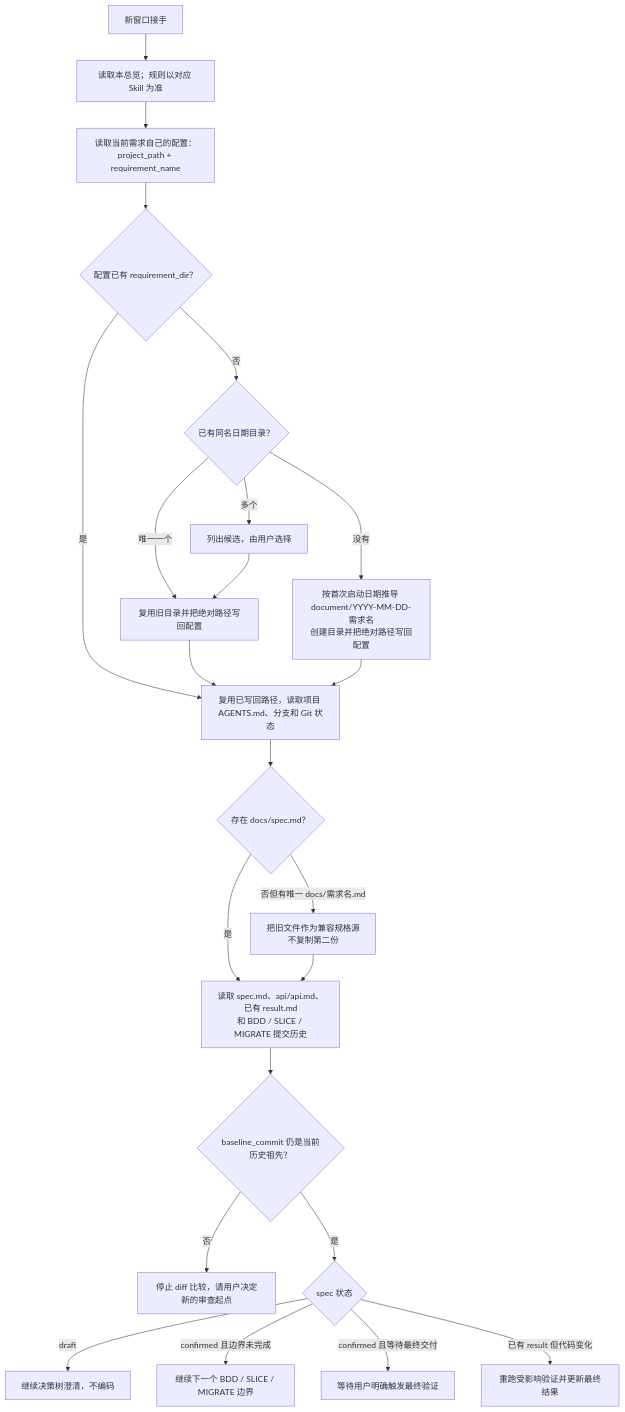
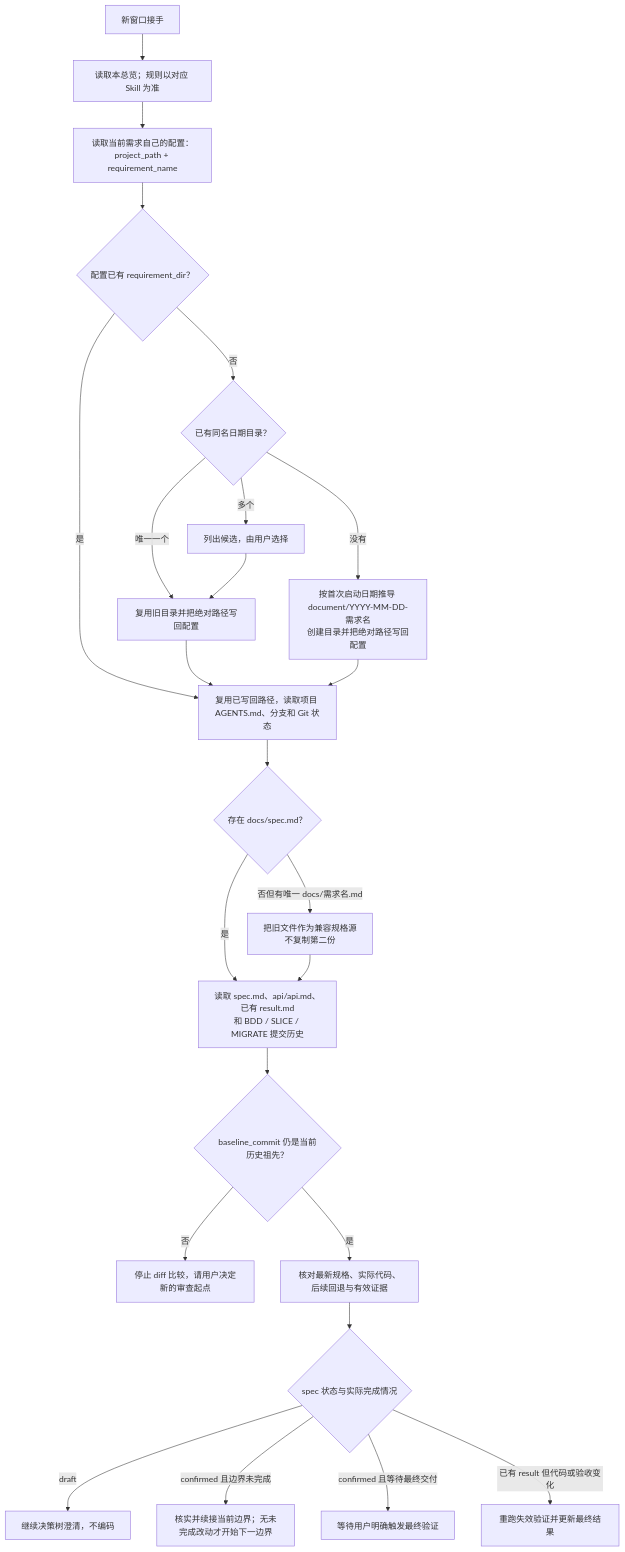
The tenth of 11 diagrams in docs/FLOW_DIAGRAMS.md (yejuntian/android-delivery-skills), drawn with Mermaid before and after one commit. The commit also changed other lines of this file and 6 other files, not shown here.

````diff
--- a/docs/FLOW_DIAGRAMS.md
+++ b/docs/FLOW_DIAGRAMS.md
@@ -314,25 +319,26 @@
 ```mermaid
 flowchart TD
     NEW["新窗口接手"] --> GUIDE["读取本总览；规则以对应 Skill 为准"]
     GUIDE --> CONFIG["读取当前需求自己的配置：project_path + requirement_name"]
     CONFIG --> DIR{"配置已有 requirement_dir？"}
     DIR -- "否" --> EXISTING{"已有同名日期目录？"}
     EXISTING -- "唯一一个" --> REUSE["复用旧目录并把绝对路径写回配置"]
     EXISTING -- "多个" --> SELECT["列出候选，由用户选择"]
     SELECT --> REUSE
     EXISTING -- "没有" --> DERIVE["按首次启动日期推导 document/YYYY-MM-DD-需求名<br/>创建目录并把绝对路径写回配置"]
     DIR -- "是" --> PROJECT["复用已写回路径，读取项目 AGENTS.md、分支和 Git 状态"]
     REUSE --> PROJECT
     DERIVE --> PROJECT
     PROJECT --> SPECFILE{"存在 docs/spec.md？"}
     SPECFILE -- "是" --> SPEC["读取 spec.md、api/api.md、已有 result.md<br/>和 BDD / SLICE / MIGRATE 提交历史"]
     SPECFILE -- "否但有唯一 docs/需求名.md" --> LEGACY["把旧文件作为兼容规格源<br/>不复制第二份"]
     LEGACY --> SPEC
     SPEC --> BASELINE{"baseline_commit 仍是当前历史祖先？"}
     BASELINE -- "否" --> ASK["停止 diff 比较，请用户决定新的审查起点"]
-    BASELINE -- "是" --> STATUS{"spec 状态"}
+    BASELINE -- "是" --> EVIDENCE["核对最新规格、实际代码、后续回退与有效证据"]
+    EVIDENCE --> STATUS{"spec 状态与实际完成情况"}
     STATUS -- "draft" --> CLARIFY["继续决策树澄清，不编码"]
-    STATUS -- "confirmed 且边界未完成" --> IMPLEMENT["继续下一个 BDD / SLICE / MIGRATE 边界"]
+    STATUS -- "confirmed 且边界未完成" --> IMPLEMENT["核实并续接当前边界；无未完成改动才开始下一边界"]
     STATUS -- "confirmed 且等待最终交付" --> WAIT["等待用户明确触发最终验证"]
-    STATUS -- "已有 result 但代码变化" --> REVERIFY["重跑受影响验证并更新最终结果"]
+    STATUS -- "已有 result 但代码或验收变化" --> REVERIFY["重跑失效验证并更新最终结果"]
 ```
````
